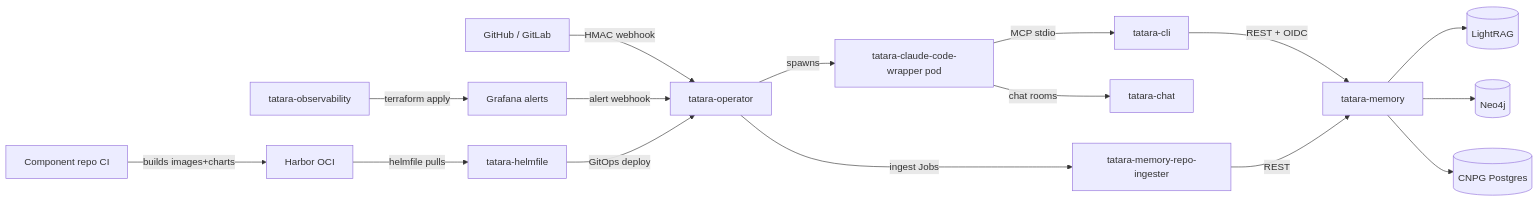
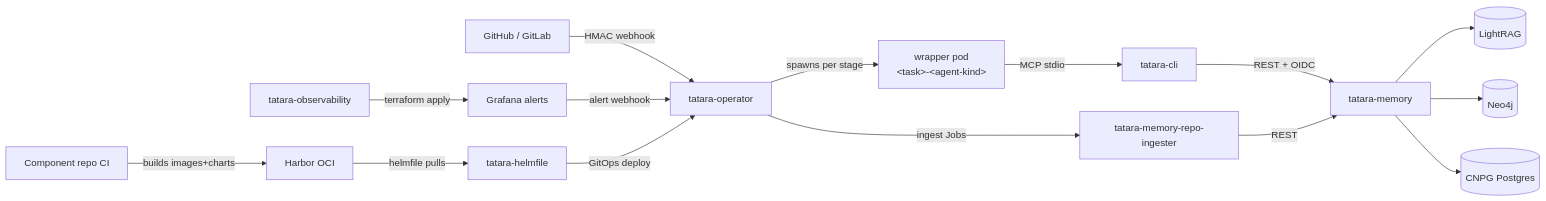
Before and after one commit to szymonrychu/tatara-documentation: the diagram in docs/architecture/index.md, drawn with Mermaid. The commit also changed other lines of this file and 63 other files, not shown here.

First line of the commit message:
feat!: document the task-centric architecture (Issue/MergeRequest CRs, stage machine, operator merge) (#19)

````diff
--- a/docs/architecture/index.md
+++ b/docs/architecture/index.md
@@ -55,18 +71,17 @@
 ```mermaid
 graph LR
     A[GitHub / GitLab] -->|HMAC webhook| B[tatara-operator]
-    B -->|spawns| C[tatara-claude-code-wrapper pod]
+    B -->|spawns per stage| C["wrapper pod<br/>&lt;task&gt;-&lt;agent-kind&gt;"]
     C -->|MCP stdio| D[tatara-cli]
     D -->|REST + OIDC| E[tatara-memory]
     E --> F[(LightRAG)]
     E --> G[(Neo4j)]
     E --> H[(CNPG Postgres)]
     B -->|ingest Jobs| I[tatara-memory-repo-ingester]
     I -->|REST| E
     J[Grafana alerts] -->|alert webhook| B
     K[tatara-observability] -->|terraform apply| J
     L[Component repo CI] -->|builds images+charts| M[Harbor OCI]
     M -->|helmfile pulls| N[tatara-helmfile]
     N -->|GitOps deploy| B
-    C -->|chat rooms| O[tatara-chat]
 ```
````
